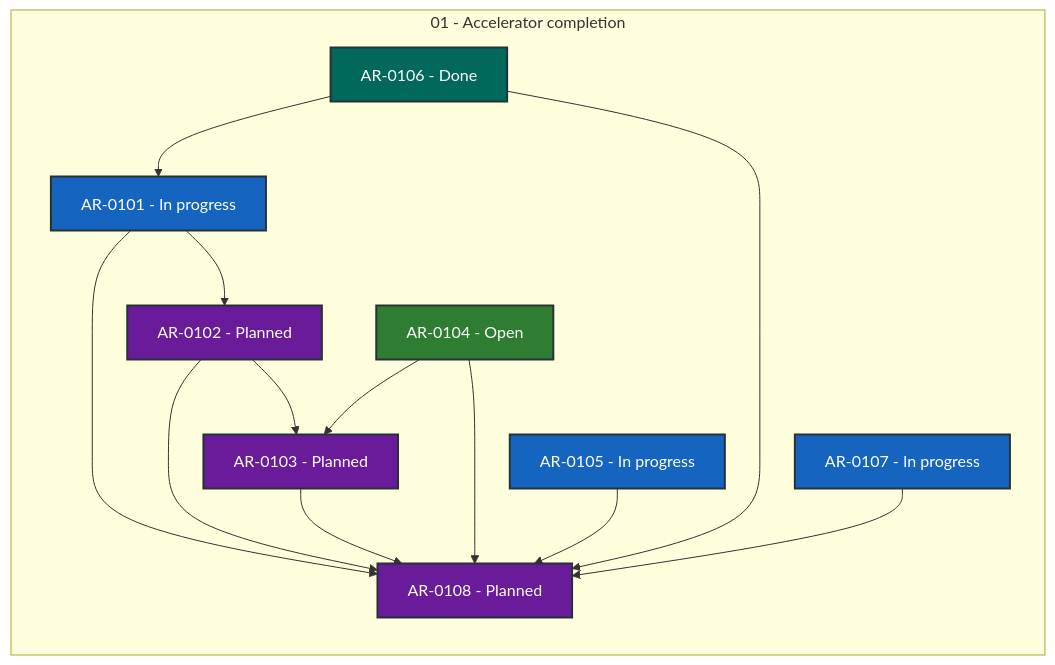
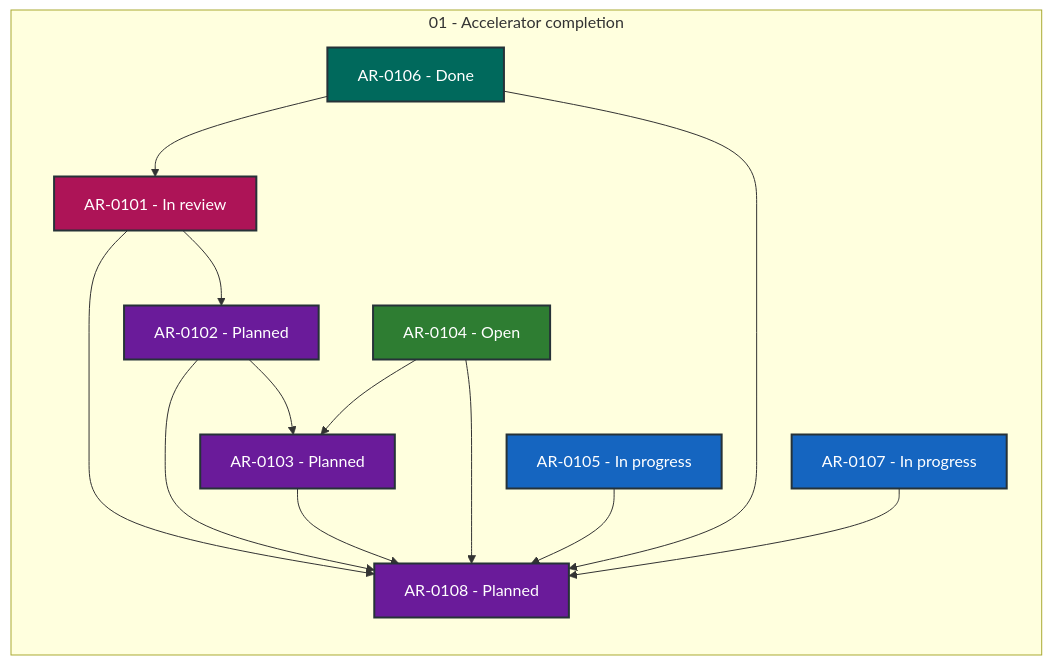
The diagram in coordination/STATUS.md (locutus3009/exgame), drawn with Mermaid before and after one commit. The commit also changed other lines of this file and 2 other files, not shown here.

````diff
--- a/coordination/STATUS.md
+++ b/coordination/STATUS.md
@@ -28,34 +28,34 @@
 ```mermaid
 flowchart LR
     subgraph series_01["01 - Accelerator completion"]
         direction TB
-        AR_0101["AR-0101 - In progress"]:::status_in_progress
+        AR_0101["AR-0101 - In review"]:::status_in_review
         AR_0102["AR-0102 - Planned"]:::status_planned
         AR_0103["AR-0103 - Planned"]:::status_planned
         AR_0104["AR-0104 - Open"]:::status_open
         AR_0105["AR-0105 - In progress"]:::status_in_progress
         AR_0106["AR-0106 - Done"]:::status_done
         AR_0107["AR-0107 - In progress"]:::status_in_progress
         AR_0108["AR-0108 - Planned"]:::status_planned
     end
     AR_0101 --> AR_0102
     AR_0101 --> AR_0108
     AR_0102 --> AR_0103
     AR_0102 --> AR_0108
     AR_0103 --> AR_0108
     AR_0104 --> AR_0103
     AR_0104 --> AR_0108
     AR_0105 --> AR_0108
     AR_0106 --> AR_0101
     AR_0106 --> AR_0108
     AR_0107 --> AR_0108
     classDef status_in_progress fill:#1565c0,color:#ffffff,stroke:#263238,stroke-width:2px
     classDef status_in_review fill:#ad1457,color:#ffffff,stroke:#263238,stroke-width:2px
     classDef status_open fill:#2e7d32,color:#ffffff,stroke:#263238,stroke-width:2px
     classDef status_blocked fill:#c62828,color:#ffffff,stroke:#263238,stroke-width:2px
     classDef status_planned fill:#6a1b9a,color:#ffffff,stroke:#263238,stroke-width:2px
     classDef status_future fill:#455a64,color:#ffffff,stroke:#263238,stroke-width:2px
     classDef status_done fill:#00695c,color:#ffffff,stroke:#263238,stroke-width:2px
     classDef status_cancelled fill:#616161,color:#ffffff,stroke:#263238,stroke-width:2px
     classDef status_superseded fill:#5d4037,color:#ffffff,stroke:#263238,stroke-width:2px
 ```
````
